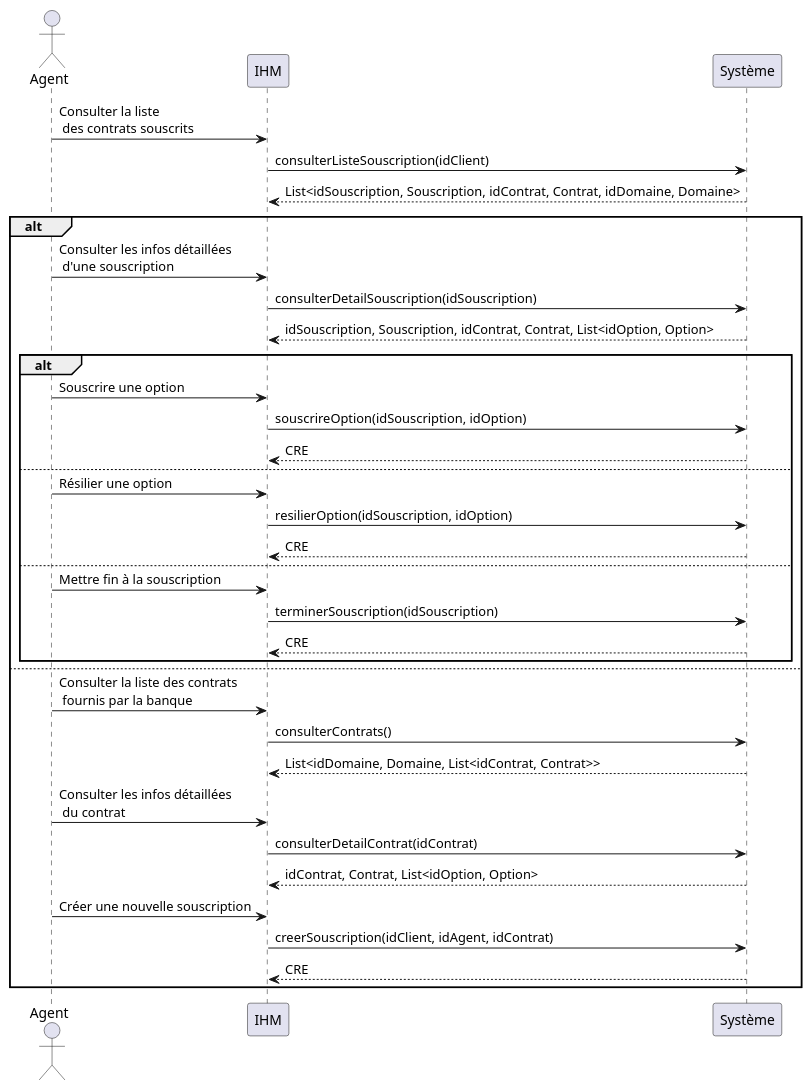
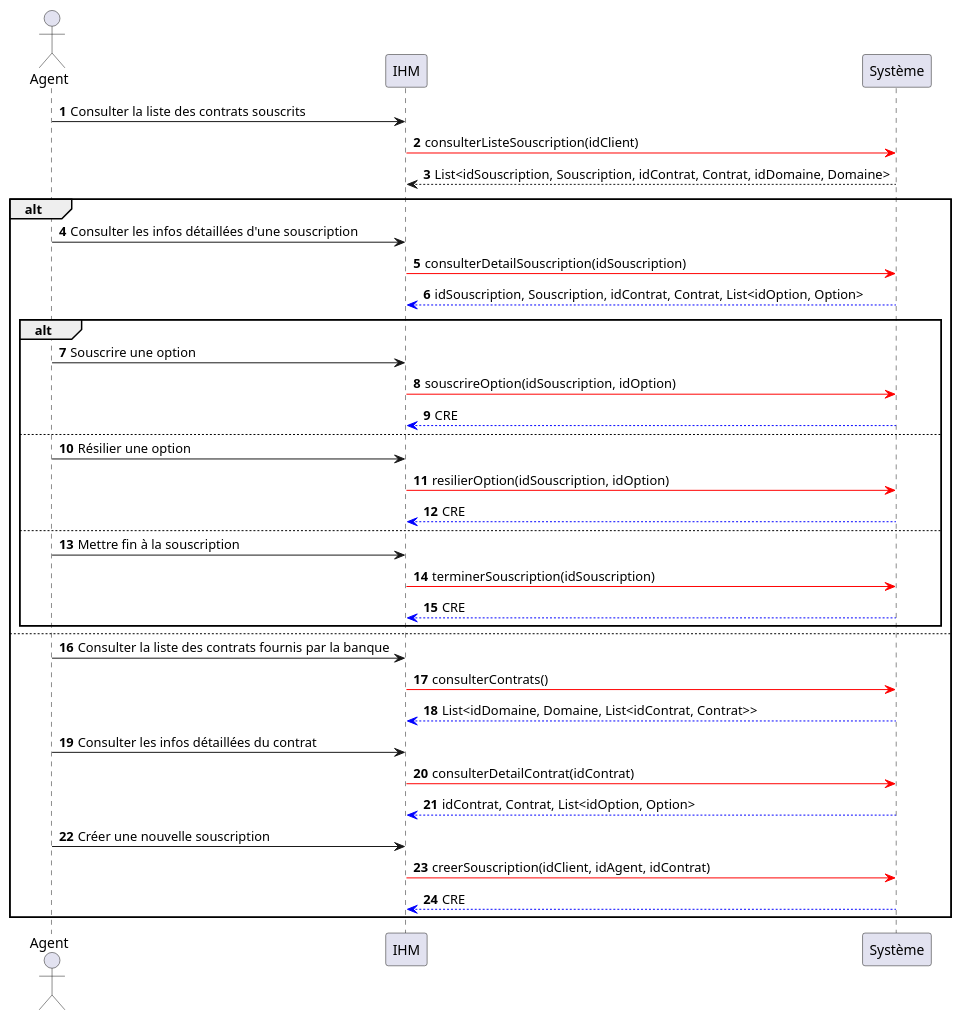
The diagram in src/documentation/CU4_DSS.puml (HZjiadong/PLD-MARS), drawn with PlantUML before and after one commit. The commit also changed 3 other files, not shown here.

```diff
--- a/src/documentation/CU4_DSS.puml
+++ b/src/documentation/CU4_DSS.puml
@@ -1,36 +1,37 @@
 @startuml
 actor Agent
-Agent -> IHM : Consulter la liste\n des contrats souscrits
-IHM -> Système : consulterListeSouscription(idClient)
+autonumber
+Agent -> IHM : Consulter la liste des contrats souscrits
+IHM -[#red]> Système : consulterListeSouscription(idClient)
 Système --> IHM : List<idSouscription, Souscription, idContrat, Contrat, idDomaine, Domaine>
 alt
-    Agent -> IHM : Consulter les infos détaillées\n d'une souscription
-    IHM -> Système : consulterDetailSouscription(idSouscription)
-    Système --> IHM : idSouscription, Souscription, idContrat, Contrat, List<idOption, Option>
+    Agent -> IHM : Consulter les infos détaillées d'une souscription
+    IHM -[#red]> Système : consulterDetailSouscription(idSouscription)
+    Système -[#0000FF]-> IHM : idSouscription, Souscription, idContrat, Contrat, List<idOption, Option>
     alt
     Agent -> IHM : Souscrire une option
-    IHM -> Système : souscrireOption(idSouscription, idOption)
-    Système --> IHM : CRE
+    IHM -[#red]> Système : souscrireOption(idSouscription, idOption)
+    Système -[#0000FF]-> IHM : CRE
     else
     Agent -> IHM : Résilier une option
-    IHM -> Système :resilierOption(idSouscription, idOption)
-    Système --> IHM : CRE
+    IHM -[#red]> Système :resilierOption(idSouscription, idOption)
+    Système -[#0000FF]-> IHM : CRE
     else
     Agent -> IHM : Mettre fin à la souscription
-    IHM -> Système : terminerSouscription(idSouscription)
-    Système --> IHM : CRE
+    IHM -[#red]> Système : terminerSouscription(idSouscription)
+    Système -[#0000FF]-> IHM : CRE
     end
 else
-    Agent -> IHM : Consulter la liste des contrats\n fournis par la banque
-    IHM -> Système : consulterContrats()
-    Système --> IHM : List<idDomaine, Domaine, List<idContrat, Contrat>>
+    Agent -> IHM : Consulter la liste des contrats fournis par la banque
+    IHM -[#red]> Système : consulterContrats()
+    Système -[#0000FF]-> IHM : List<idDomaine, Domaine, List<idContrat, Contrat>>
 
-    Agent -> IHM : Consulter les infos détaillées\n du contrat
-    IHM -> Système : consulterDetailContrat(idContrat)
-    Système --> IHM : idContrat, Contrat, List<idOption, Option>
+    Agent -> IHM : Consulter les infos détaillées du contrat
+    IHM -[#red]> Système : consulterDetailContrat(idContrat)
+    Système -[#0000FF]-> IHM : idContrat, Contrat, List<idOption, Option>
 
     Agent -> IHM : Créer une nouvelle souscription
-    IHM -> Système : creerSouscription(idClient, idAgent, idContrat)
-    Système --> IHM : CRE
+    IHM -[#red]> Système : creerSouscription(idClient, idAgent, idContrat)
+    Système -[#0000FF]-> IHM : CRE
 end
 @enduml
```
